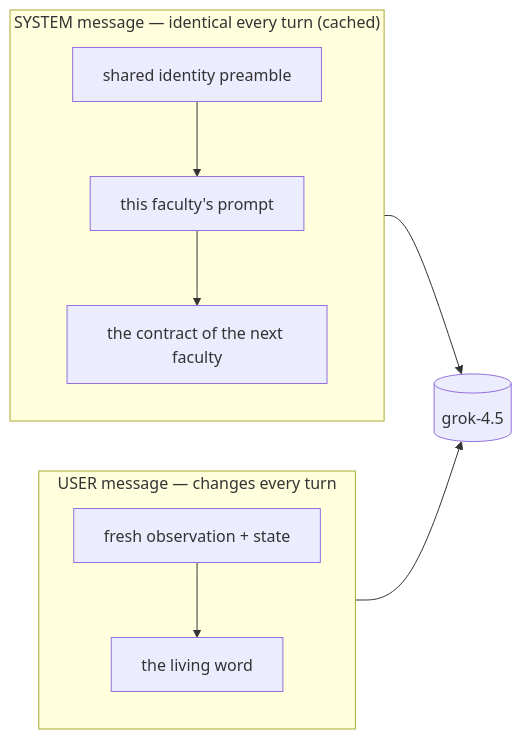
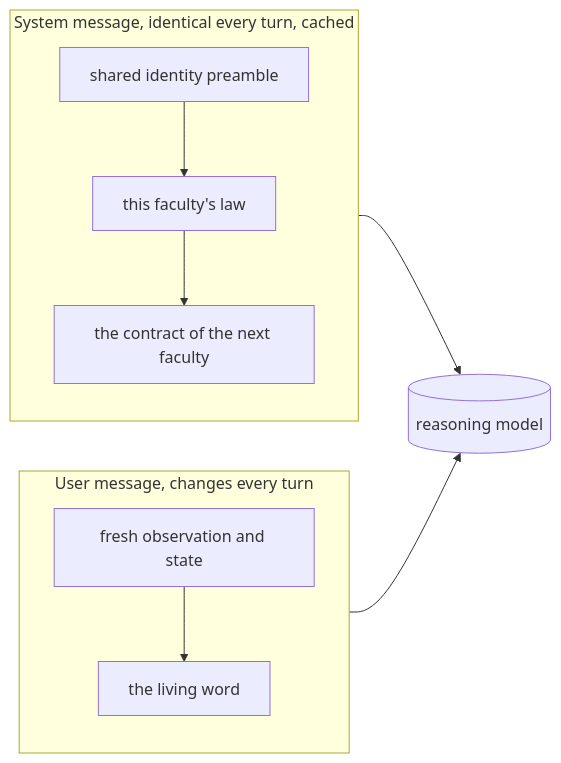
Before and after one commit to wgabrys88/endgame-ai: the fourth of 5 diagrams in README.md, drawn with Mermaid. The commit also changed other lines of this file, not shown here.

````diff
--- a/README.md
+++ b/README.md
@@ -246,11 +317,11 @@
 ```mermaid
 flowchart LR
-    subgraph SYS["SYSTEM message — identical every turn (cached)"]
-        A[shared identity preamble] --> B[this faculty's prompt] --> C[the contract of the next faculty]
+    subgraph SYS["System message, identical every turn, cached"]
+        A[shared identity preamble] --> B[this faculty's law] --> C[the contract of the next faculty]
     end
-    subgraph USR["USER message — changes every turn"]
-        D[fresh observation + state] --> F[the living word]
+    subgraph USR["User message, changes every turn"]
+        D[fresh observation and state] --> F[the living word]
     end
-    SYS --> MODEL[(grok-4.5)]
+    SYS --> MODEL[(reasoning model)]
     USR --> MODEL
 ```
````
